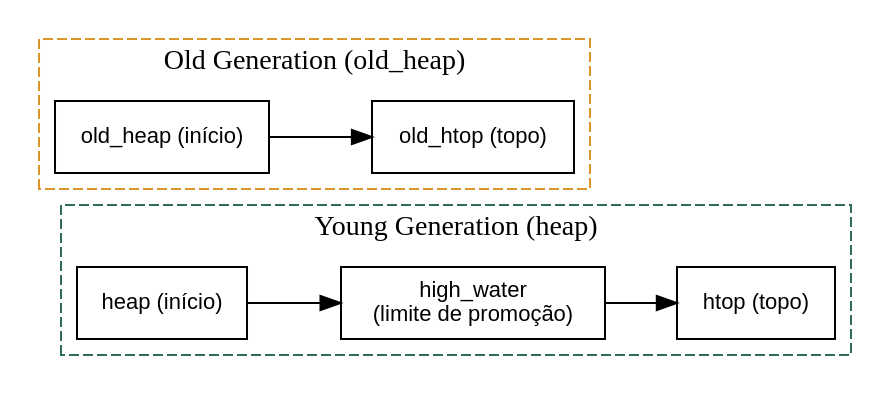
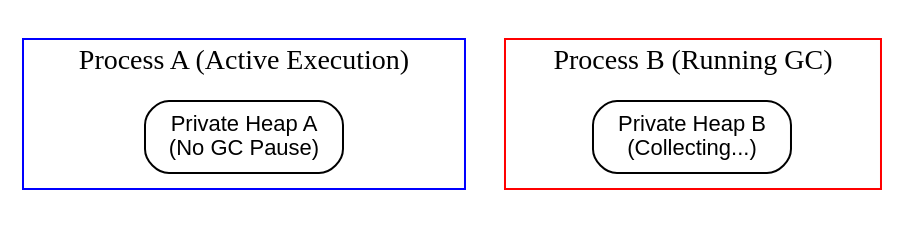
One commit to matheuscamarques/pon_beam changed the diagram in docs/chapters/07-coletor-de-lixo.md. Above: the diagram before and after it, drawn with Graphviz. The commit also changed other lines of this file and 32 other files, not shown here.

````diff
--- a/docs/chapters/07-coletor-de-lixo.md
+++ b/docs/chapters/07-coletor-de-lixo.md
@@ -85,26 +26,18 @@
-```dot Layout das duas gerações no Process Control Block
-digraph generations {
+```dot
+digraph gc_isolation {
   rankdir=LR;
-  node [shape=box, fontname=Helvetica, fontsize=11];
-  edge [fontname=Helvetica, fontsize=10];
+  node [shape=box, style=rounded, fontname=Helvetica, fontsize=11];
 
-  subgraph cluster_young {
-    label = "Young Generation (heap)";
-    style = dashed;
-    color = "#2f6d59";
-    y_start [label="heap (início)"];
-    high_w  [label="high_water\n(limite de promoção)"];
-    htop_p  [label="htop (topo)"];
-    y_start -> high_w -> htop_p;
+  subgraph cluster_procA {
+    label="Process A (Active Execution)"; color=blue;
+    HeapA [label="Private Heap A\n(No GC Pause)"];
   }
 
-  subgraph cluster_old {
-    label = "Old Generation (old_heap)";
-    style = dashed;
-    color = "#d9952b";
-    o_start [label="old_heap (início)"];
-    o_top   [label="old_htop (topo)"];
-    o_start -> o_top;
+  subgraph cluster_procB {
+    label="Process B (Running GC)"; color=red;
+    HeapB [label="Private Heap B\n(Collecting...)"];
   }
+
+  HeapA -> HeapB [style=invis];
 }
 ```
````
